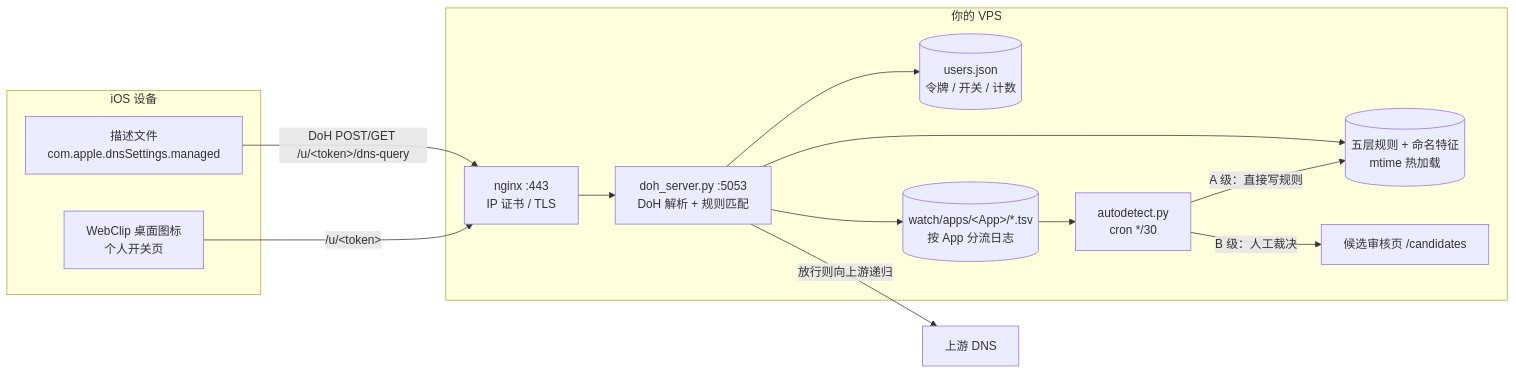
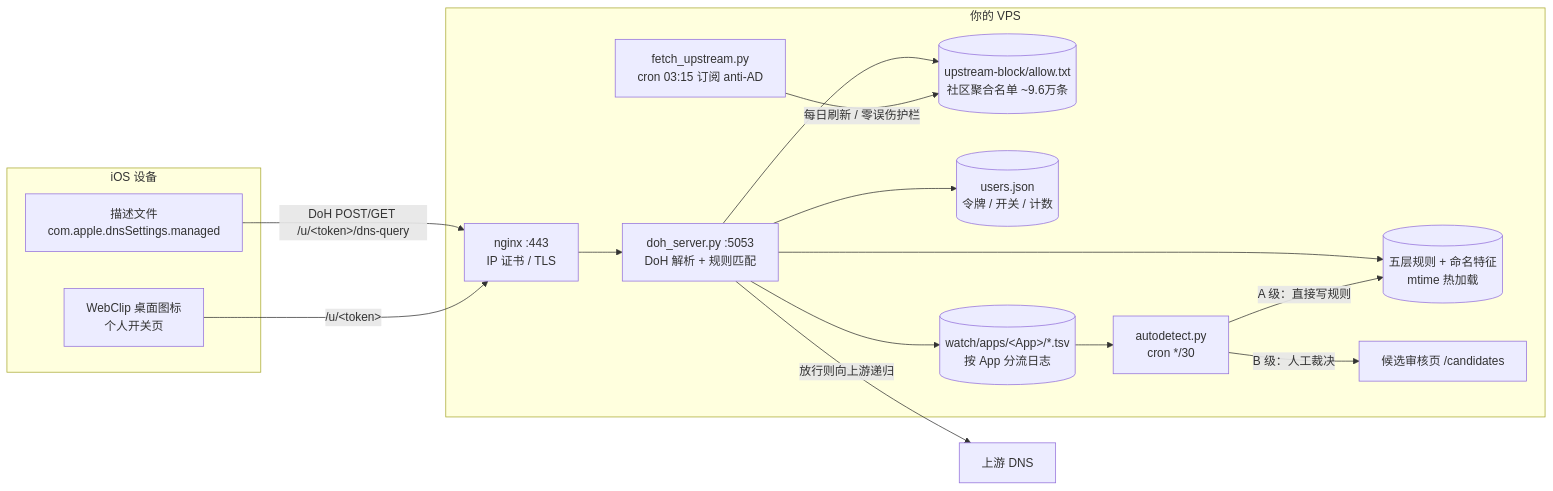
The diagram in README.md (wangdanian/hongguo-doh), drawn with Mermaid before and after one commit. The commit also changed other lines of this file and 7 other files, not shown here.

Commit message:
v0.1.9: subscribe upstream blocklists (anti-AD) with zero-collateral guard; fix mmstat dual-use false positive

````diff
--- a/README.md
+++ b/README.md
@@ -40,25 +40,29 @@
 ```mermaid
 flowchart LR
     subgraph iOS["iOS 设备"]
         P["描述文件<br/>com.apple.dnsSettings.managed"]
         W["WebClip 桌面图标<br/>个人开关页"]
     end
     subgraph VPS["你的 VPS"]
         N["nginx :443<br/>IP 证书 / TLS"]
         D["doh_server.py :5053<br/>DoH 解析 + 规则匹配"]
         R[("五层规则 + 命名特征<br/>mtime 热加载")]
+        UB[("upstream-block/allow.txt<br/>社区聚合名单 ~9.6万条")]
+        F["fetch_upstream.py<br/>cron 03:15 订阅 anti-AD"]
         U[("users.json<br/>令牌 / 开关 / 计数")]
         L[("watch/apps/&lt;App&gt;/*.tsv<br/>按 App 分流日志")]
         A["autodetect.py<br/>cron */30"]
         C["候选审核页 /candidates"]
     end
     P -->|"DoH POST/GET /u/&lt;token&gt;/dns-query"| N --> D
     W -->|"/u/&lt;token&gt;"| N
     D --> R
+    D --> UB
     D --> U
     D --> L
     L --> A
     A -->|"A 级：直接写规则"| R
     A -->|"B 级：人工裁决"| C
+    F -->|"每日刷新 / 零误伤护栏"| UB
     D -->|"放行则向上游递归"| UP["上游 DNS"]
 ```
````
